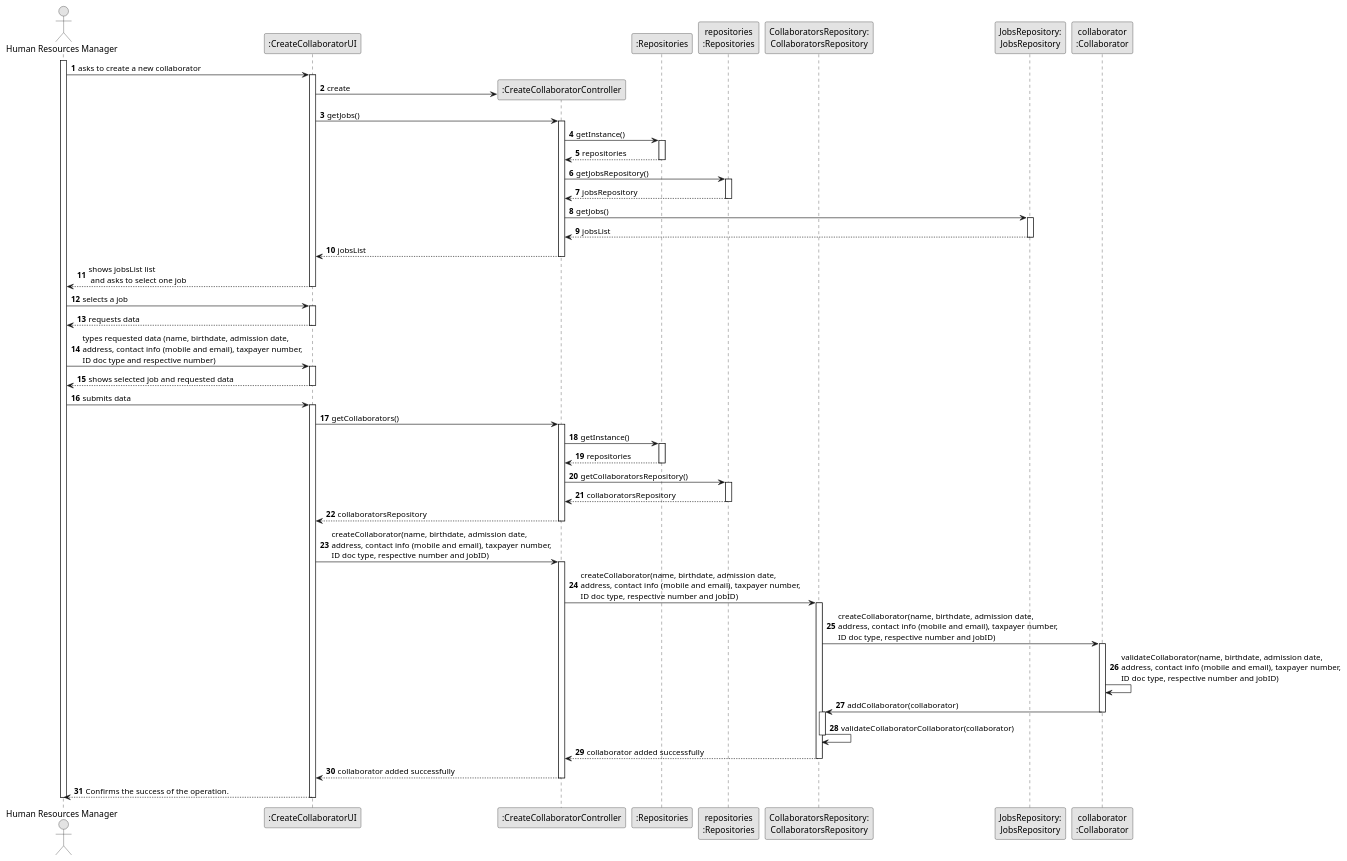
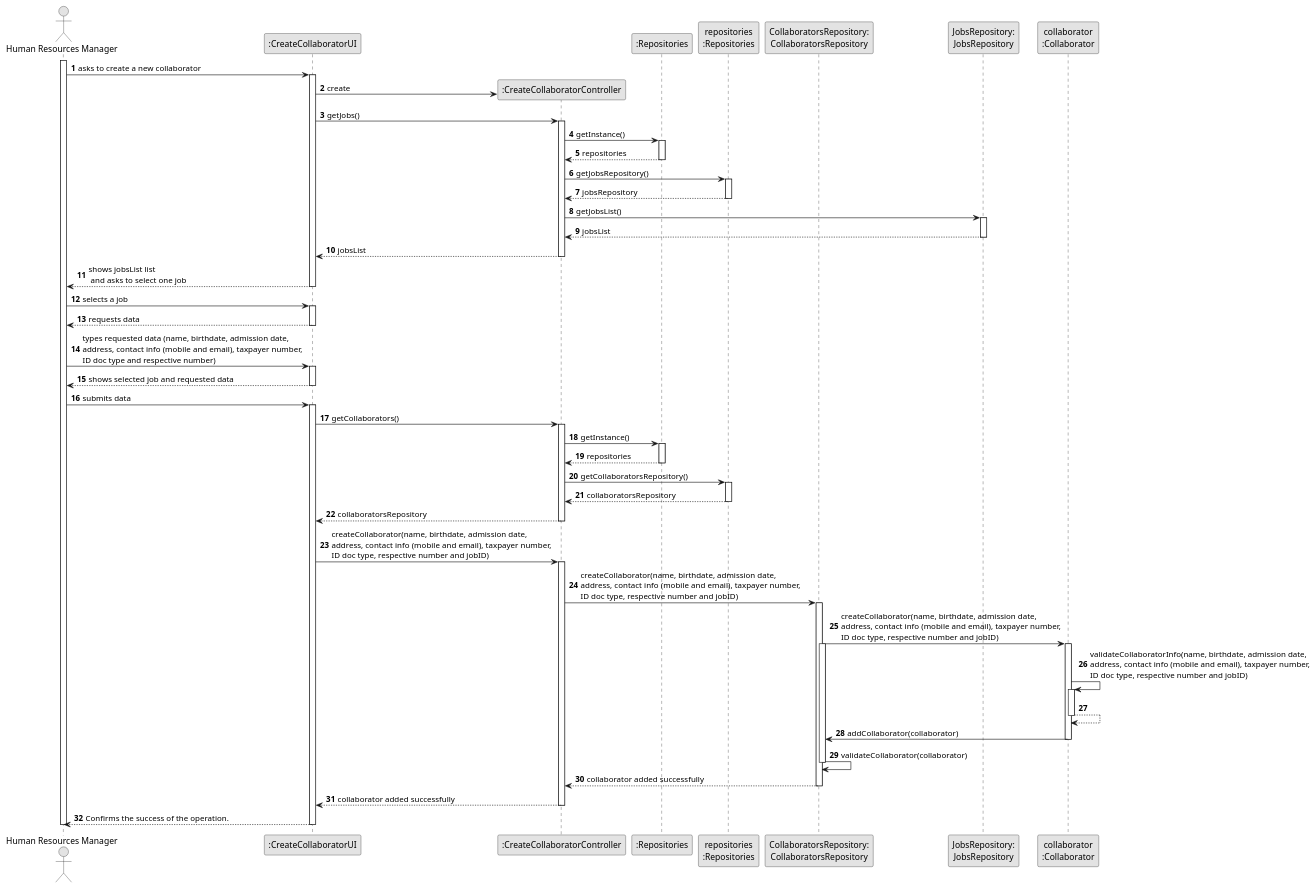
One commit to SAEmanuel/Green_Spaces_Management_ISEP changed the diagram in docs/sprintB/us003/03.design/puml/us003-sequence-diagram-full.puml. Above: the diagram before and after it, drawn with PlantUML.

Commit message:
US3 Sequence diagram eleventh draft

```diff
--- a/docs/sprintB/us003/03.design/puml/us003-sequence-diagram-full.puml
+++ b/docs/sprintB/us003/03.design/puml/us003-sequence-diagram-full.puml
@@ -1,121 +1,125 @@
 @startuml
 skinparam monochrome true
 skinparam packageStyle rectangle
 skinparam shadowing false
 
 autonumber
 
 'hide footbox
 actor "Human Resources Manager" as HRM
 participant ":CreateCollaboratorUI" as UI
 participant ":CreateCollaboratorController" as CTRL
 participant ":Repositories" as RepositorySingleton
 participant "repositories\n:Repositories" as PLAT
 participant "CollaboratorsRepository:\nCollaboratorsRepository" as CollaboratorsRepository
 participant "JobsRepository:\nJobsRepository" as JobsRepository
 participant "collaborator\n:Collaborator" as Collaborator
 
 activate HRM
 
         HRM -> UI : asks to create a new collaborator
 
         activate UI
 
             UI -> CTRL** : create
 
                 UI -> CTRL : getJobs()
                 activate CTRL
 
                 CTRL -> RepositorySingleton : getInstance()
                                 activate RepositorySingleton
 
                                     RepositorySingleton --> CTRL: repositories
                                 deactivate RepositorySingleton
 
                                 CTRL -> PLAT : getJobsRepository()
                                 activate PLAT
 
                                     PLAT --> CTRL: jobsRepository
                                 deactivate PLAT
 
-                CTRL -> JobsRepository : getJobs()
+                CTRL -> JobsRepository : getJobsList()
                 activate JobsRepository
 
                     JobsRepository --> CTRL : jobsList
                 deactivate JobsRepository
 
                 CTRL --> UI : jobsList
             deactivate CTRL
 
             UI --> HRM : shows jobsList list\n and asks to select one job
         deactivate UI
 
     HRM -> UI : selects a job
     activate UI
 
         UI --> HRM : requests data
     deactivate UI
 
     HRM -> UI : types requested data (name, birthdate, admission date,\naddress, contact info (mobile and email), taxpayer number,\nID doc type and respective number)
     activate UI
 
         UI --> HRM : shows selected job and requested data
     deactivate UI
 
     HRM -> UI : submits data
     activate UI
 
     UI -> CTRL : getCollaborators()
     activate CTRL
 
     CTRL -> RepositorySingleton : getInstance()
                                     activate RepositorySingleton
 
                                         RepositorySingleton --> CTRL: repositories
                                     deactivate RepositorySingleton
 
                                     CTRL -> PLAT : getCollaboratorsRepository()
                                     activate PLAT
 
                                         PLAT --> CTRL: collaboratorsRepository
                                     deactivate PLAT
 
                     CTRL --> UI : collaboratorsRepository
                 deactivate CTRL
 
         UI -> CTRL : createCollaborator(name, birthdate, admission date,\naddress, contact info (mobile and email), taxpayer number,\nID doc type, respective number and jobID)
         activate CTRL
 
             CTRL -> CollaboratorsRepository : createCollaborator(name, birthdate, admission date,\naddress, contact info (mobile and email), taxpayer number,\nID doc type, respective number and jobID)
 
             activate CollaboratorsRepository
 
             CollaboratorsRepository -> Collaborator : createCollaborator(name, birthdate, admission date,\naddress, contact info (mobile and email), taxpayer number,\nID doc type, respective number and jobID)
+
+            activate CollaboratorsRepository
             activate Collaborator
 
-                Collaborator -> Collaborator : validateCollaborator(name, birthdate, admission date,\naddress, contact info (mobile and email), taxpayer number,\nID doc type, respective number and jobID)
 
+
+                Collaborator -> Collaborator : validateCollaboratorInfo(name, birthdate, admission date,\naddress, contact info (mobile and email), taxpayer number,\nID doc type, respective number and jobID)
+                activate Collaborator
+                Collaborator --> Collaborator :
+                deactivate Collaborator
 
             Collaborator -> CollaboratorsRepository : addCollaborator(collaborator)
             deactivate Collaborator
 
-            activate CollaboratorsRepository
-
-            CollaboratorsRepository -> CollaboratorsRepository: validateCollaboratorCollaborator(collaborator)
+            CollaboratorsRepository -> CollaboratorsRepository: validateCollaborator(collaborator)
 
             deactivate CollaboratorsRepository
 
         CollaboratorsRepository --> CTRL : collaborator added successfully
         deactivate CollaboratorsRepository
         deactivate Collaborator
 
         CTRL --> UI: collaborator added successfully
         deactivate CTRL
 
         UI --> HRM: Confirms the success of the operation.
 
     deactivate UI
 
 deactivate HRM
 
 @enduml
```
